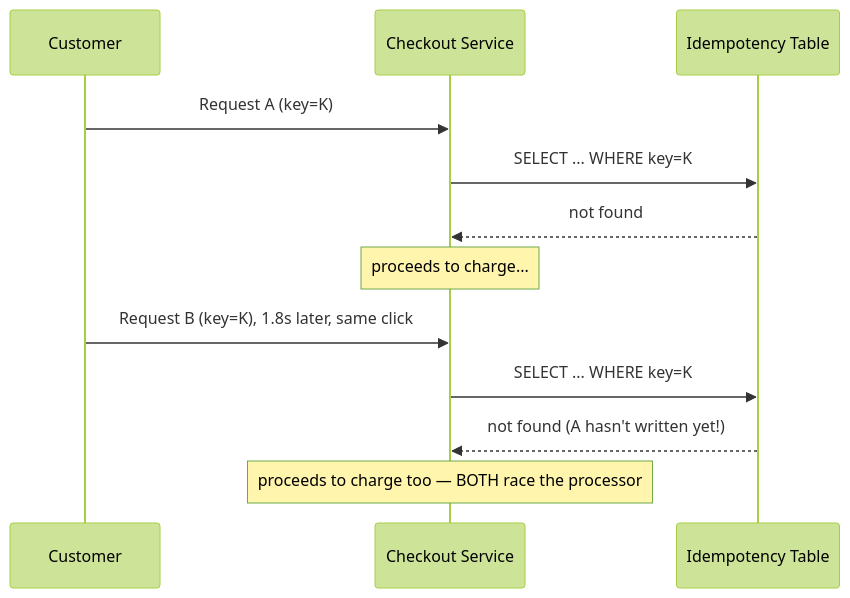
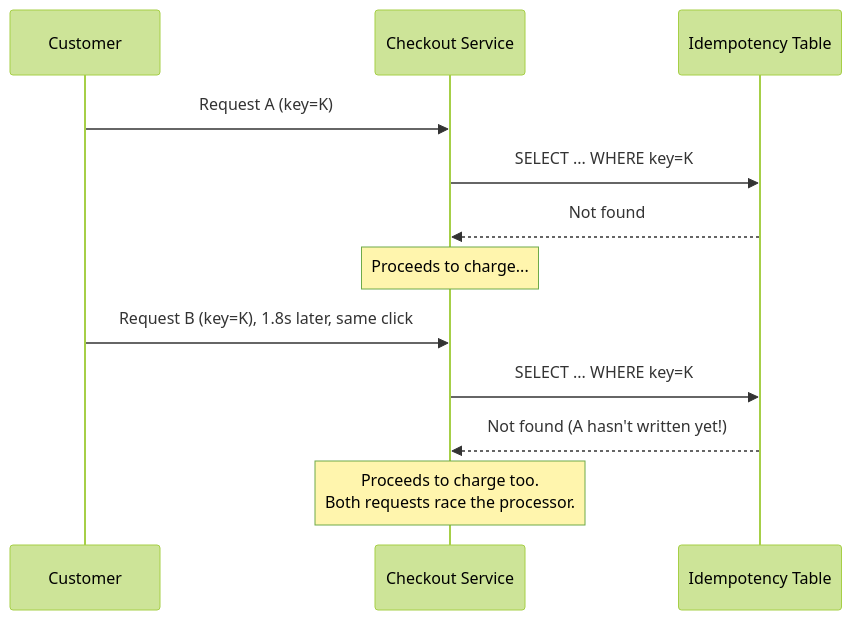
Before and after one commit to riyaz-pasha/Learnings: the second of 13 diagrams in system-design/HLD/0-course/41-Design-a-Payment-System-FAANG-Guide-story.md, drawn with Mermaid (forest theme). The commit also changed other lines of this file and 1 other file, not shown here.

Commit message:
[REWRITE] Payment System story guide: simplify prose, add structure, fix diagrams

````diff
--- a/system-design/HLD/0-course/41-Design-a-Payment-System-FAANG-Guide-story.md
+++ b/system-design/HLD/0-course/41-Design-a-Payment-System-FAANG-Guide-story.md
@@ -50,15 +147,15 @@
 ```mermaid
 sequenceDiagram
     participant C as Customer
     participant App as Checkout Service
     participant Store as Idempotency Table
 
     C->>App: Request A (key=K)
     App->>Store: SELECT ... WHERE key=K
-    Store-->>App: not found
-    Note over App: proceeds to charge...
+    Store-->>App: Not found
+    Note over App: Proceeds to charge...
     C->>App: Request B (key=K), 1.8s later, same click
     App->>Store: SELECT ... WHERE key=K
-    Store-->>App: not found (A hasn't written yet!)
-    Note over App: proceeds to charge too — BOTH race the processor
+    Store-->>App: Not found (A hasn't written yet!)
+    Note over App: Proceeds to charge too.<br/>Both requests race the processor.
 ```
````
